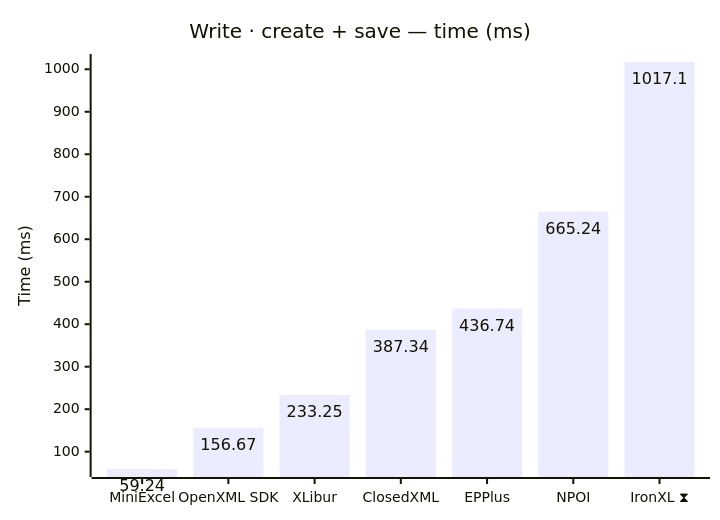
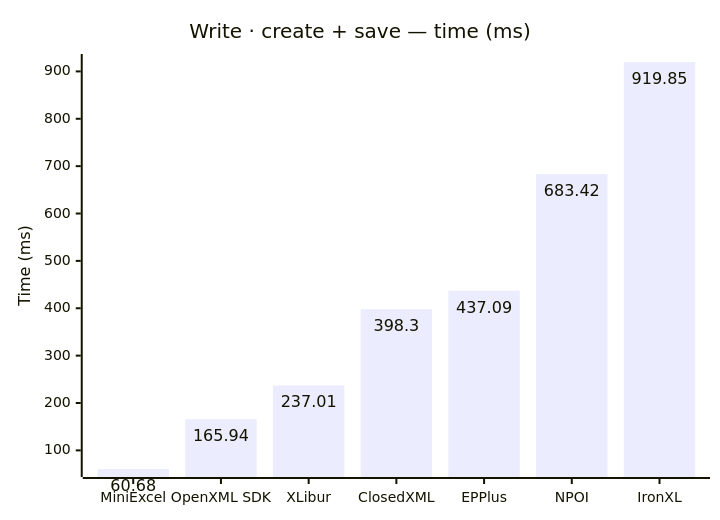
One commit to jafin/XLBench changed the fifth of 10 diagrams in docs/results.md. Above: the diagram before and after it, drawn with Mermaid. The commit also changed other lines of this file and 3 other files, not shown here.

````diff
--- a/docs/results.md
+++ b/docs/results.md
@@ -91,12 +87,12 @@
 ```mermaid
 ---
 config:
   xyChart:
     showDataLabel: true
 ---
 xychart-beta
     title "Write · create + save — time (ms)"
-    x-axis ["MiniExcel", "OpenXML SDK", "XLibur", "ClosedXML", "EPPlus", "NPOI", "IronXL ⧗"]
+    x-axis ["MiniExcel", "OpenXML SDK", "XLibur", "ClosedXML", "EPPlus", "NPOI", "IronXL"]
     y-axis "Time (ms)"
-    bar [59.24, 156.67, 233.25, 387.34, 436.74, 665.24, 1017.1]
+    bar [60.68, 165.94, 237.01, 398.3, 437.09, 683.42, 919.85]
 ```
````
